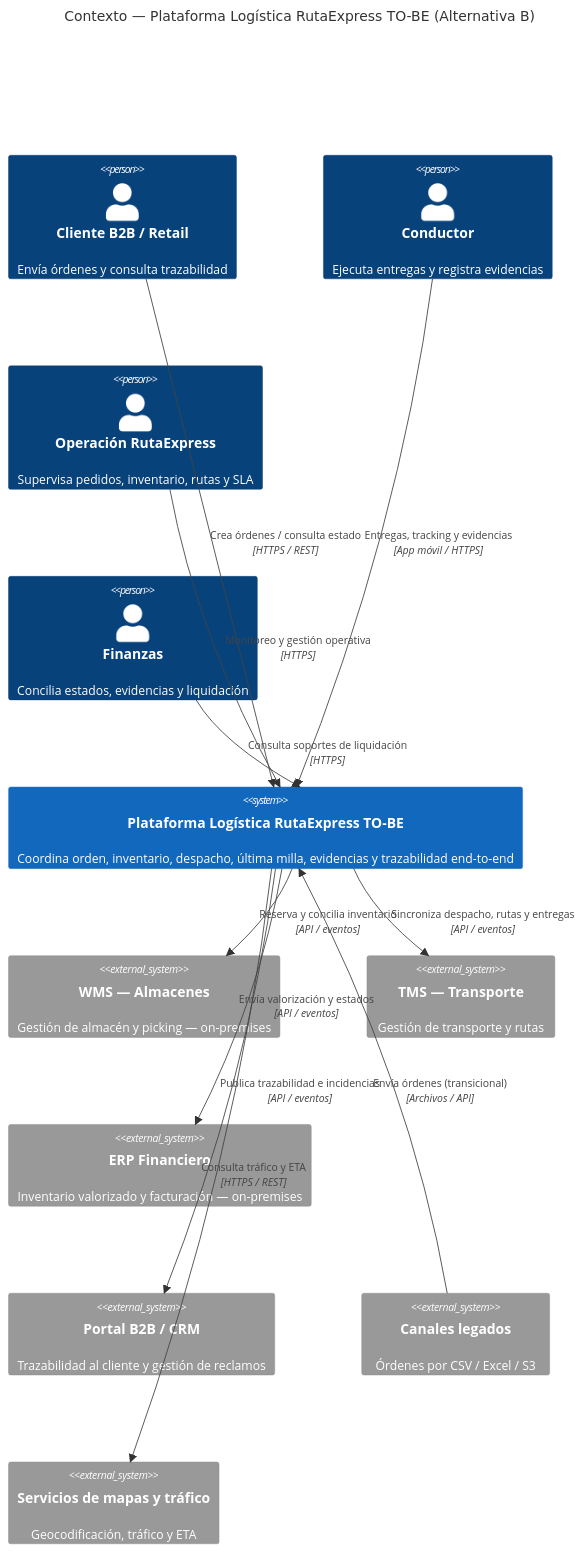
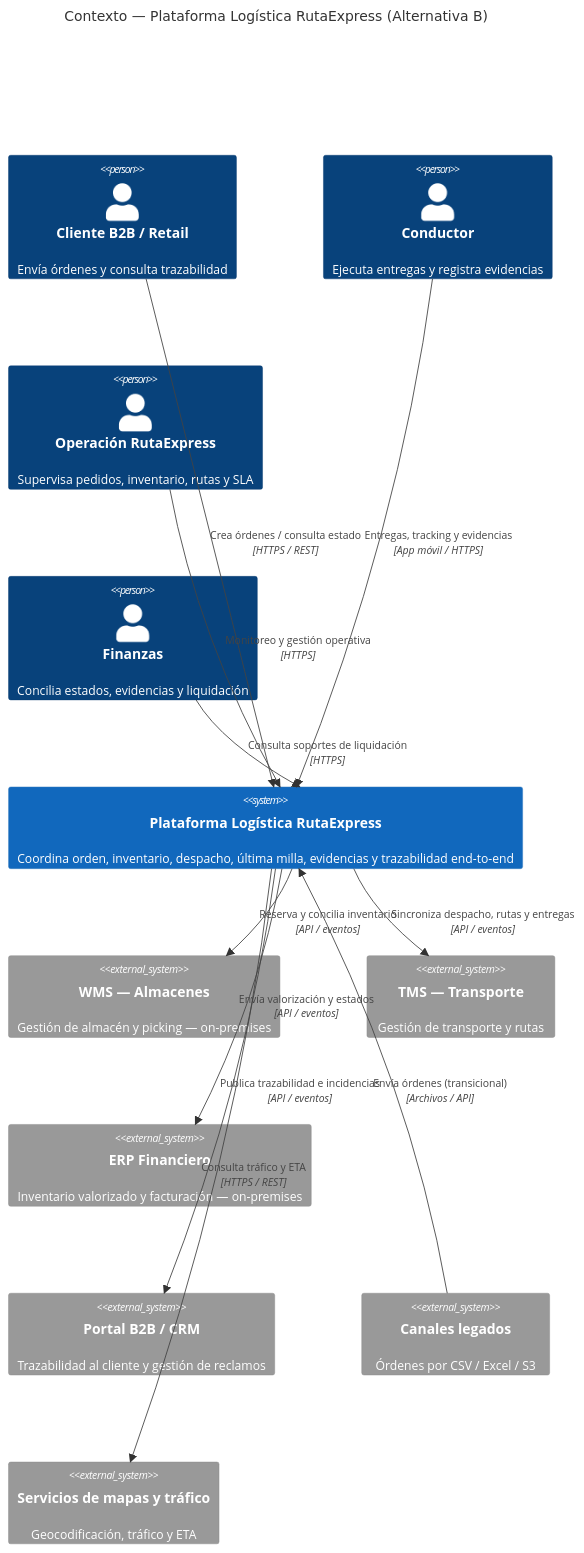
One commit to jbreategui/ruta-express changed the diagram in arquitectura/diseno_solucion/alternativa_B_coreografiada/01_nivel1_contexto.md. Above: the diagram before and after it, drawn with Mermaid. The commit also changed 8 other files, not shown here.

Commit message:
Quitar 'TO-BE' de las cajas y titulos de los diagramas (C4)

````diff
--- a/arquitectura/diseno_solucion/alternativa_B_coreografiada/01_nivel1_contexto.md
+++ b/arquitectura/diseno_solucion/alternativa_B_coreografiada/01_nivel1_contexto.md
@@ -8,32 +8,32 @@
 ```mermaid
 C4Context
-    title Contexto — Plataforma Logística RutaExpress TO-BE (Alternativa B)
+    title Contexto — Plataforma Logística RutaExpress (Alternativa B)
 
     Person(cliente, "Cliente B2B / Retail", "Envía órdenes y consulta trazabilidad")
     Person(conductor, "Conductor", "Ejecuta entregas y registra evidencias")
     Person(operacion, "Operación RutaExpress", "Supervisa pedidos, inventario, rutas y SLA")
     Person(finanzas, "Finanzas", "Concilia estados, evidencias y liquidación")
 
-    System(plataforma, "Plataforma Logística RutaExpress TO-BE", "Coordina orden, inventario, despacho, última milla, evidencias y trazabilidad end-to-end")
+    System(plataforma, "Plataforma Logística RutaExpress", "Coordina orden, inventario, despacho, última milla, evidencias y trazabilidad end-to-end")
 
     System_Ext(wms, "WMS — Almacenes", "Gestión de almacén y picking — on-premises")
     System_Ext(tms, "TMS — Transporte", "Gestión de transporte y rutas")
     System_Ext(erp, "ERP Financiero", "Inventario valorizado y facturación — on-premises")
     System_Ext(portal, "Portal B2B / CRM", "Trazabilidad al cliente y gestión de reclamos")
     System_Ext(legado, "Canales legados", "Órdenes por CSV / Excel / S3")
     System_Ext(mapas, "Servicios de mapas y tráfico", "Geocodificación, tráfico y ETA")
 
     Rel(cliente, plataforma, "Crea órdenes / consulta estado", "HTTPS / REST")
     Rel(conductor, plataforma, "Entregas, tracking y evidencias", "App móvil / HTTPS")
     Rel(operacion, plataforma, "Monitoreo y gestión operativa", "HTTPS")
     Rel(finanzas, plataforma, "Consulta soportes de liquidación", "HTTPS")
 
     Rel(plataforma, wms, "Reserva y concilia inventario", "API / eventos")
     Rel(plataforma, tms, "Sincroniza despacho, rutas y entregas", "API / eventos")
     Rel(plataforma, erp, "Envía valorización y estados", "API / eventos")
     Rel(plataforma, portal, "Publica trazabilidad e incidencias", "API / eventos")
     Rel(legado, plataforma, "Envía órdenes (transicional)", "Archivos / API")
     Rel(plataforma, mapas, "Consulta tráfico y ETA", "HTTPS / REST")
 
     UpdateLayoutConfig($c4ShapeInRow="3", $c4BoundaryInRow="2")
 ```
````
